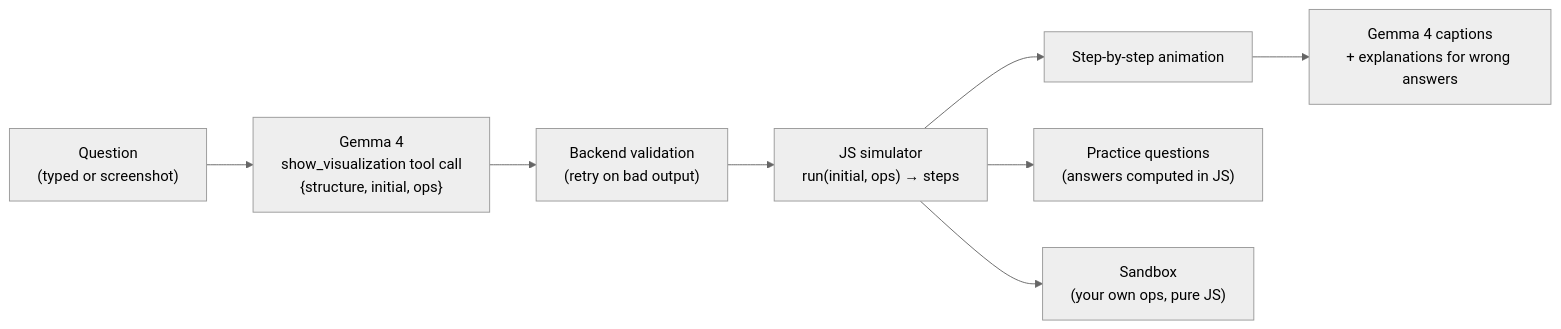
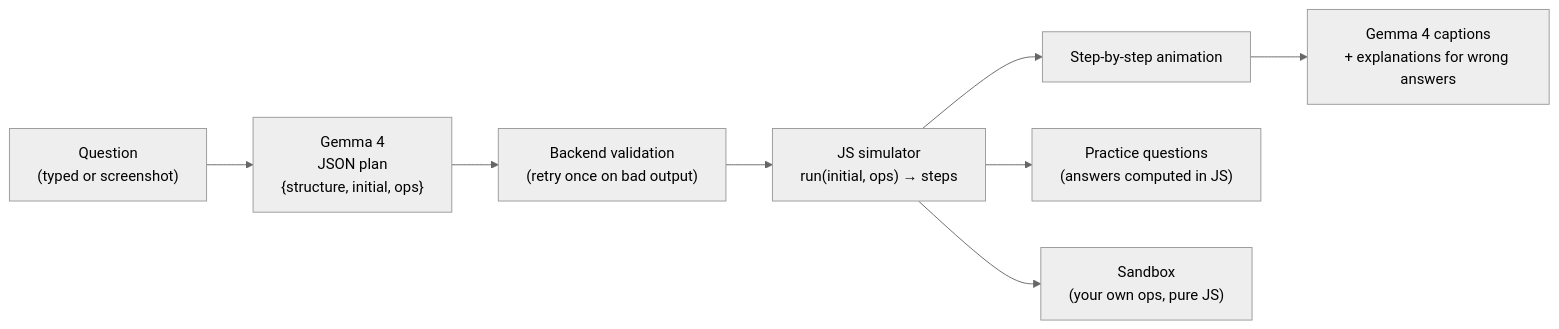
The diagram in README.md (FlysonBot/hacktoberfest), drawn with Mermaid (neutral theme) before and after one commit. The commit also changed other lines of this file and 1 other file, not shown here.

Commit message:
Docs: JSON-plan pipeline, 26B/31B routing, chip-based Demo 2, all 7 structures, latest test results

````diff
--- a/README.md
+++ b/README.md
@@ -17,10 +17,10 @@
 ```mermaid
 flowchart LR
-    Q["Question<br/>(typed or screenshot)"] --> G["Gemma 4<br/>show_visualization tool call<br/>{structure, initial, ops}"]
-    G --> V["Backend validation<br/>(retry on bad output)"]
+    Q["Question<br/>(typed or screenshot)"] --> G["Gemma 4<br/>JSON plan<br/>{structure, initial, ops}"]
+    G --> V["Backend validation<br/>(retry once on bad output)"]
     V --> JS["JS simulator<br/>run(initial, ops) → steps"]
     JS --> A["Step-by-step animation"]
     JS --> P["Practice questions<br/>(answers computed in JS)"]
     JS --> S["Sandbox<br/>(your own ops, pure JS)"]
     A --> C["Gemma 4 captions<br/>+ explanations for wrong answers"]
 ```
````
